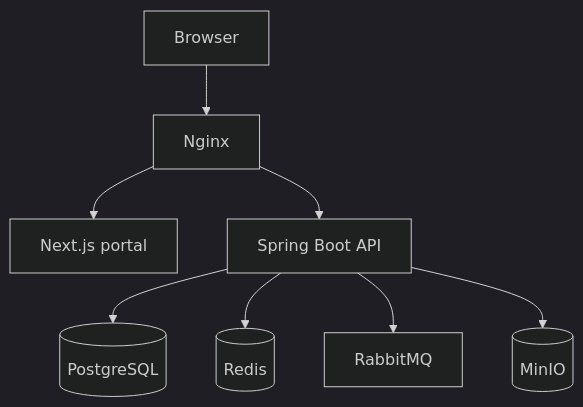
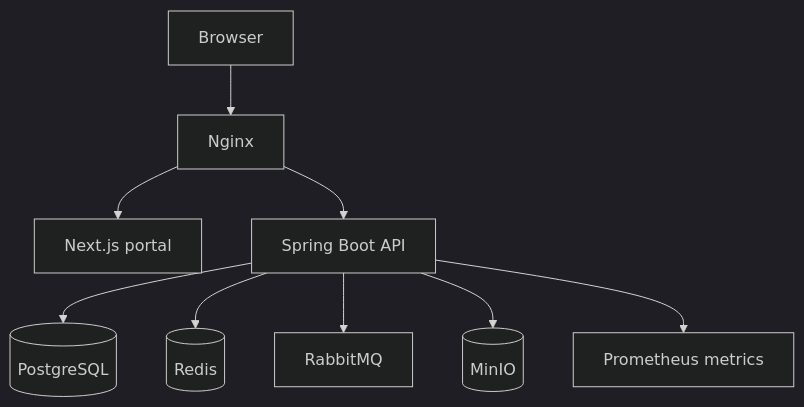
One commit to shivaiyer141996-sudo/Rabbit changed the diagram in docs/ARCHITECTURE.md. Above: the diagram before and after it, drawn with Mermaid (dark theme). The commit also changed other lines of this file and 71 other files, not shown here.

````diff
--- a/docs/ARCHITECTURE.md
+++ b/docs/ARCHITECTURE.md
@@ -7,10 +7,11 @@
 ```mermaid
 flowchart TB
   Browser["Browser"] --> Nginx["Nginx"]
   Nginx --> Web["Next.js portal"]
   Nginx --> API["Spring Boot API"]
   API --> DB[("PostgreSQL")]
   API --> Cache[("Redis")]
   API --> Queue["RabbitMQ"]
   API --> Assets[("MinIO")]
+  API --> Metrics["Prometheus metrics"]
 ```
````
